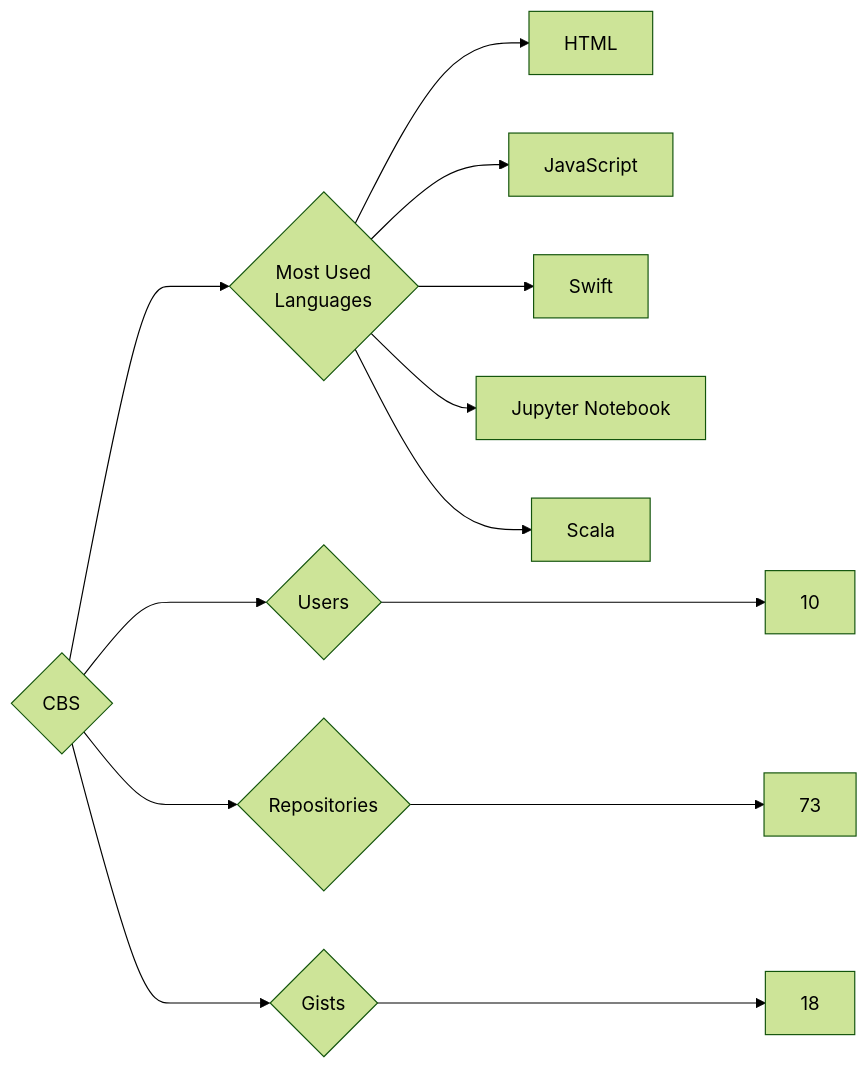
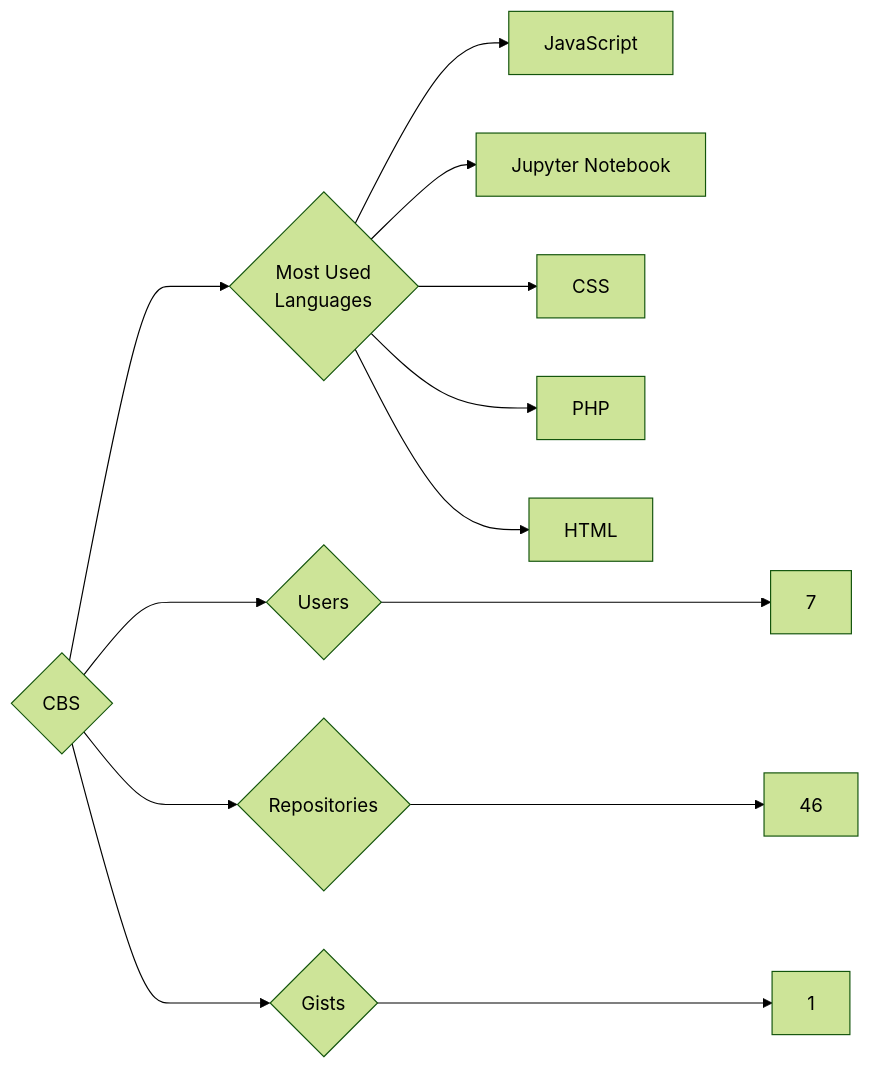
The diagram in targets/CBS/README.md (trickest/insiders), drawn with Mermaid (forest theme) before and after one commit. The commit also changed 861 other files, not shown here.

````diff
--- a/targets/CBS/README.md
+++ b/targets/CBS/README.md
@@ -3,13 +3,13 @@
 ```mermaid
 graph LR
 COMPANY_NAME{CBS}
-COMPANY_NAME ---> U{Users} ---> UN[10]
-COMPANY_NAME ---> R{Repositories} ---> RN[73]
-COMPANY_NAME ---> G{Gists} ---> GN[18]
+COMPANY_NAME ---> U{Users} ---> UN[7]
+COMPANY_NAME ---> R{Repositories} ---> RN[46]
+COMPANY_NAME ---> G{Gists} ---> GN[1]
 COMPANY_NAME ---> ML{Most Used<br>Languages}
+ML --> JavaScript[JavaScript]
+ML --> Jupyter_Notebook[Jupyter Notebook]
+ML --> CSS[CSS]
+ML --> PHP[PHP]
 ML --> HTML[HTML]
-ML --> JavaScript[JavaScript]
-ML --> Swift[Swift]
-ML --> Jupyter_Notebook[Jupyter Notebook]
-ML --> Scala[Scala]
 ```
````
